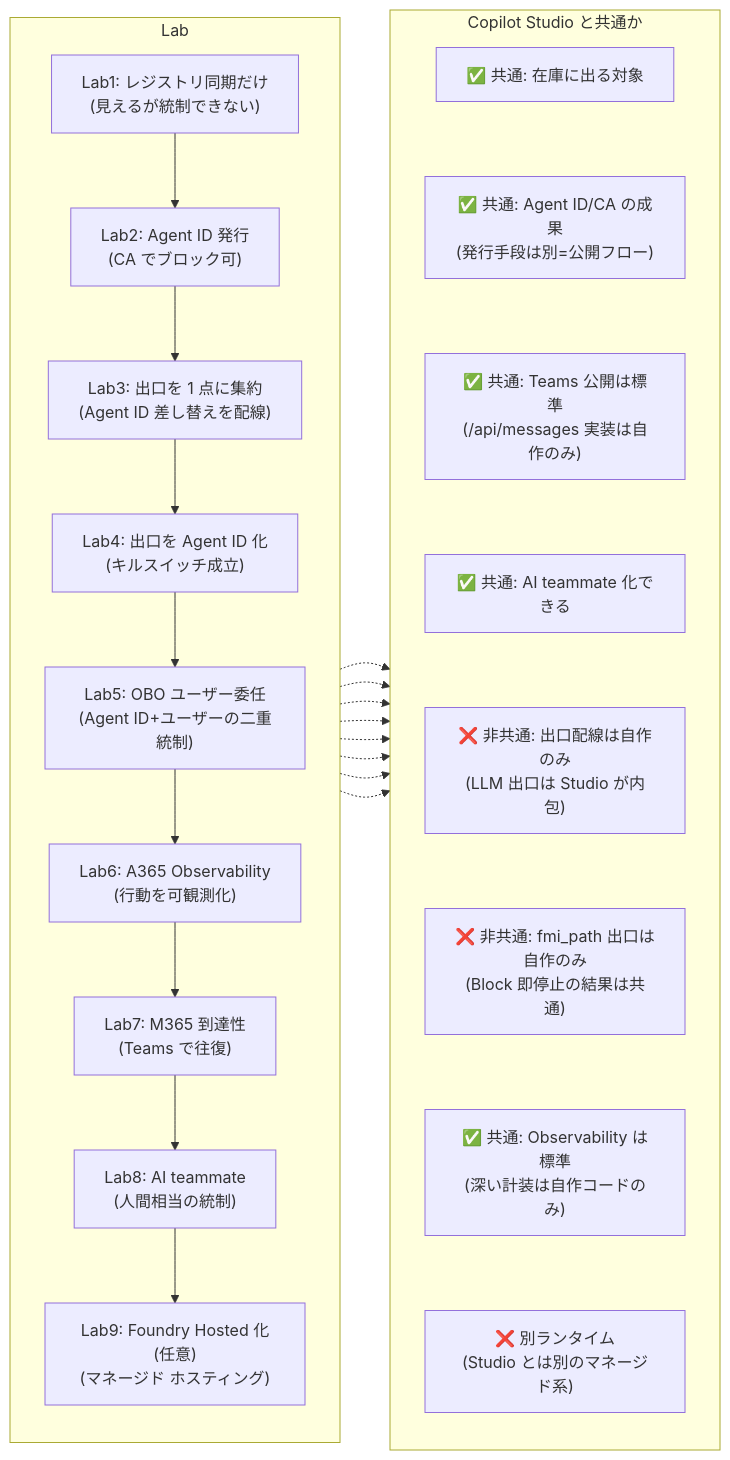
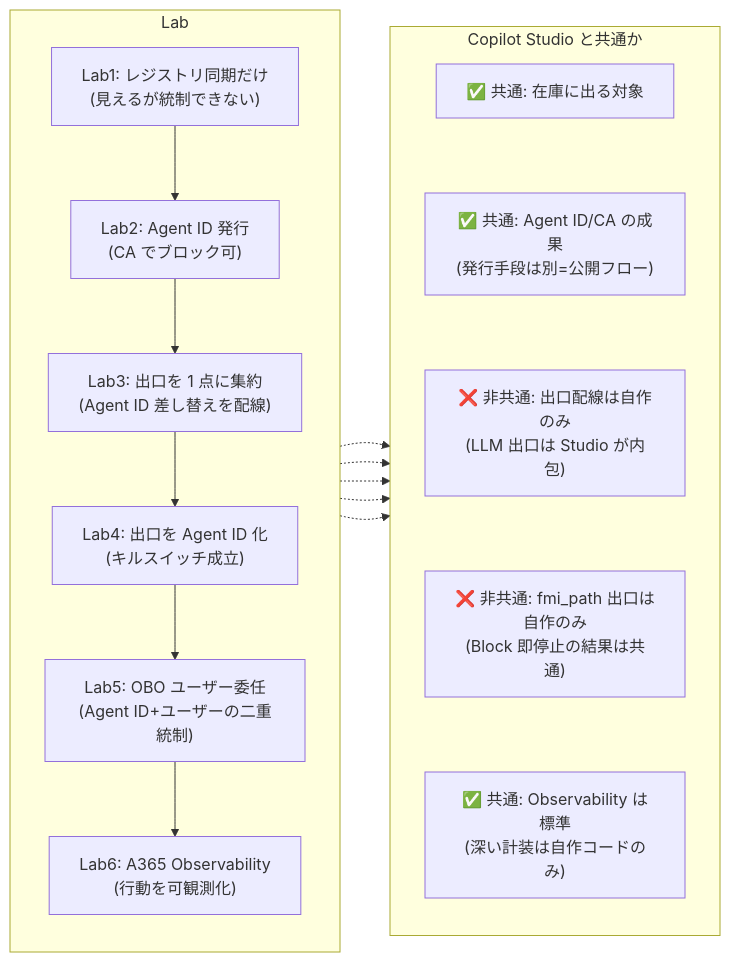
The diagram in Handson/README.md (ketana0224/Agent365-Onboarding), drawn with Mermaid before and after one commit. The commit also changed other lines of this file and 49 other files, not shown here.

````diff
--- a/Handson/README.md
+++ b/Handson/README.md
@@ -45,36 +45,27 @@
 ```mermaid
 flowchart LR
     subgraph S1["Lab"]
         direction TB
         Lab1["Lab1: レジストリ同期だけ<br/>(見えるが統制できない)"]
         Lab2["Lab2: Agent ID 発行<br/>(CA でブロック可)"]
         Lab3["Lab3: 出口を 1 点に集約<br/>(Agent ID 差し替えを配線)"]
         Lab4["Lab4: 出口を Agent ID 化<br/>(キルスイッチ成立)"]
         Lab5["Lab5: OBO ユーザー委任<br/>(Agent ID+ユーザーの二重統制)"]
         Lab6["Lab6: A365 Observability<br/>(行動を可観測化)"]
-        Lab7["Lab7: M365 到達性<br/>(Teams で往復)"]
-        Lab8["Lab8: AI teammate<br/>(人間相当の統制)"]
-        Lab9["Lab9: Foundry Hosted 化(任意)<br/>(マネージド ホスティング)"]
-        Lab1 --> Lab2 --> Lab3 --> Lab4 --> Lab5 --> Lab6 --> Lab7 --> Lab8 --> Lab9
+        Lab1 --> Lab2 --> Lab3 --> Lab4 --> Lab5 --> Lab6
     end
     subgraph S2["Copilot Studio と共通か"]
         direction TB
         C1["✅ 共通: 在庫に出る対象"]
         C2["✅ 共通: Agent ID/CA の成果<br/>(発行手段は別=公開フロー)"]
-        C3["✅ 共通: Teams 公開は標準<br/>(/api/messages 実装は自作のみ)"]
-        C4["✅ 共通: AI teammate 化できる"]
         C5["❌ 非共通: 出口配線は自作のみ<br/>(LLM 出口は Studio が内包)"]
         C6["❌ 非共通: fmi_path 出口は自作のみ<br/>(Block 即停止の結果は共通)"]
         C8["✅ 共通: Observability は標準<br/>(深い計装は自作コードのみ)"]
-        C7["❌ 別ランタイム<br/>(Studio とは別のマネージド系)"]
-        C1 ~~~ C2 ~~~ C3 ~~~ C4 ~~~ C5 ~~~ C6 ~~~ C8 ~~~ C7
+        C1 ~~~ C2 ~~~ C5 ~~~ C6 ~~~ C8
     end
     Lab1 -.-> C1
     Lab2 -.-> C2
     Lab3 -.-> C5
     Lab4 -.-> C6
     Lab6 -.-> C8
-    Lab7 -.-> C3
-    Lab8 -.-> C4
-    Lab9 -.-> C7
 ```
````
